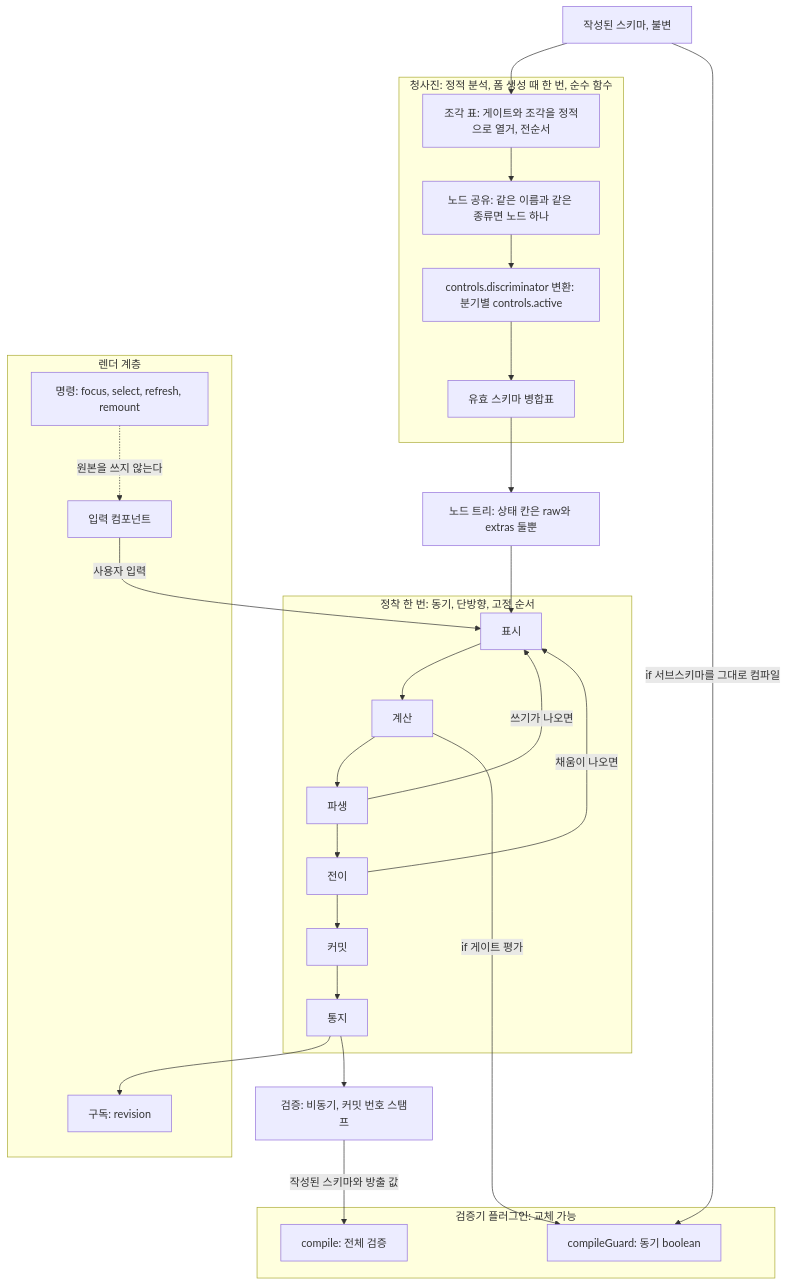
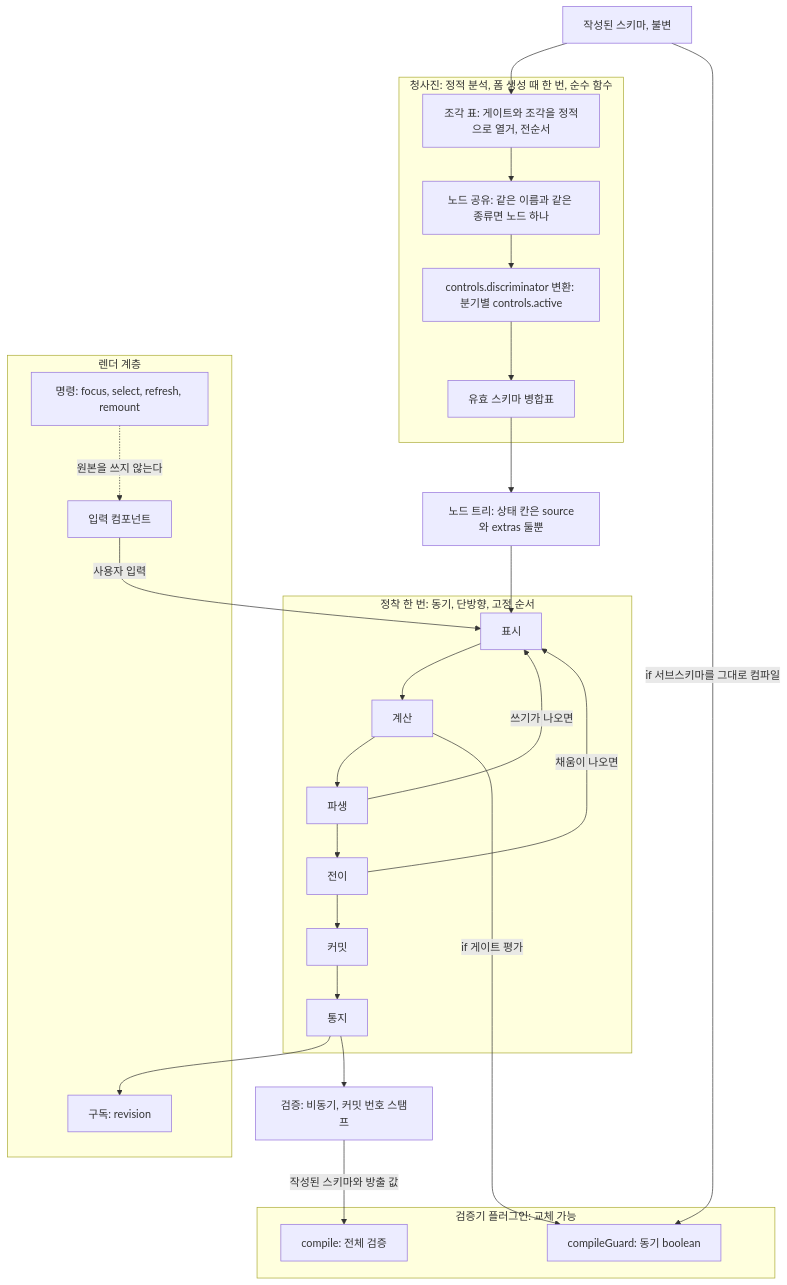
The second of 3 diagrams in packages/canard/schema-form/architecture/_archive/2026-09-29/02-target-overview.md (vincent-kk/albatrion), drawn with Mermaid before and after one commit. The commit also changed other lines of this file and 671 other files, not shown here.

````diff
--- a/packages/canard/schema-form/architecture/_archive/2026-09-29/02-target-overview.md
+++ b/packages/canard/schema-form/architecture/_archive/2026-09-29/02-target-overview.md
@@ -63,56 +63,56 @@
 ```mermaid
 flowchart TD
   authored["작성된 스키마, 불변"]
 
   subgraph blueprintStage["청사진: 정적 분석, 폼 생성 때 한 번, 순수 함수"]
     fragTable["조각 표: 게이트와 조각을 정적으로 열거, 전순서"]
     sharing["노드 공유: 같은 이름과 같은 종류면 노드 하나"]
     discConv["controls.discriminator 변환: 분기별 controls.active"]
     mergeTable["유효 스키마 병합표"]
   end
 
-  tree["노드 트리: 상태 칸은 raw와 extras 둘뿐"]
+  tree["노드 트리: 상태 칸은 source와 extras 둘뿐"]
 
   subgraph settleStage["정착 한 번: 동기, 단방향, 고정 순서"]
     markStep["표시"]
     computeStep["계산"]
     deriveStep["파생"]
     transitionStep["전이"]
     commitStep["커밋"]
     notifyStep["통지"]
   end
 
   validateStep["검증: 비동기, 커밋 번호 스탬프"]
 
   subgraph pluginStage["검증기 플러그인: 교체 가능"]
     guardFn["compileGuard: 동기 boolean"]
     compileFn["compile: 전체 검증"]
   end
 
   subgraph renderStage["렌더 계층"]
     subscribeFn["구독: revision"]
     inputFn["입력 컴포넌트"]
     commandFn["명령: focus, select, refresh, remount"]
   end
 
   authored --> fragTable
   fragTable --> sharing
   sharing --> discConv
   discConv --> mergeTable
   mergeTable --> tree
   tree --> markStep
   inputFn -->|"사용자 입력"| markStep
   markStep --> computeStep
   computeStep --> deriveStep
   deriveStep -->|"쓰기가 나오면"| markStep
   deriveStep --> transitionStep
   transitionStep -->|"채움이 나오면"| markStep
   transitionStep --> commitStep
   commitStep --> notifyStep
   notifyStep --> subscribeFn
   notifyStep --> validateStep
   authored -->|"if 서브스키마를 그대로 컴파일"| guardFn
   computeStep -->|"if 게이트 평가"| guardFn
   validateStep -->|"작성된 스키마와 방출 값"| compileFn
   commandFn -.->|"원본을 쓰지 않는다"| inputFn
 ```
````
